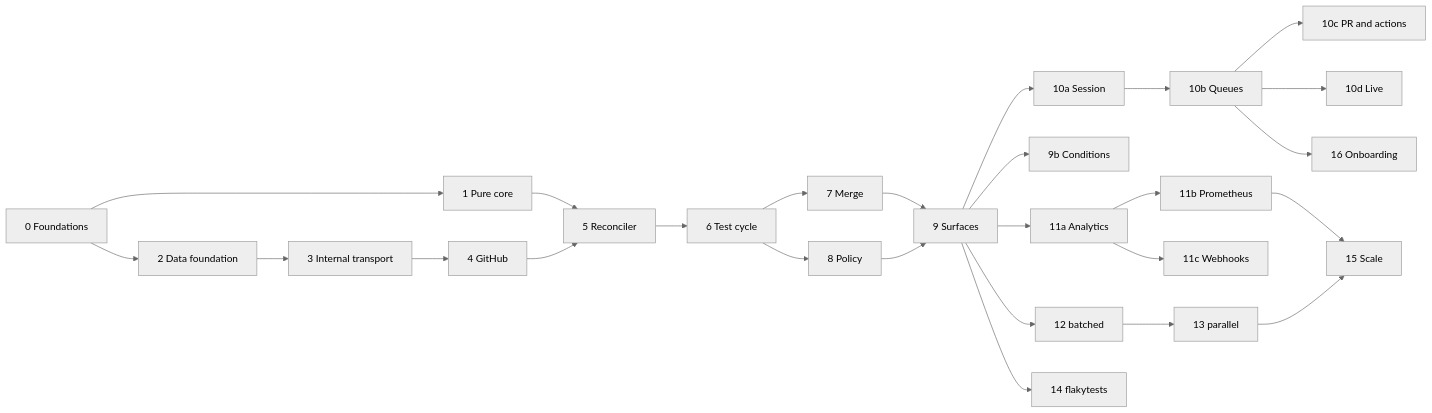
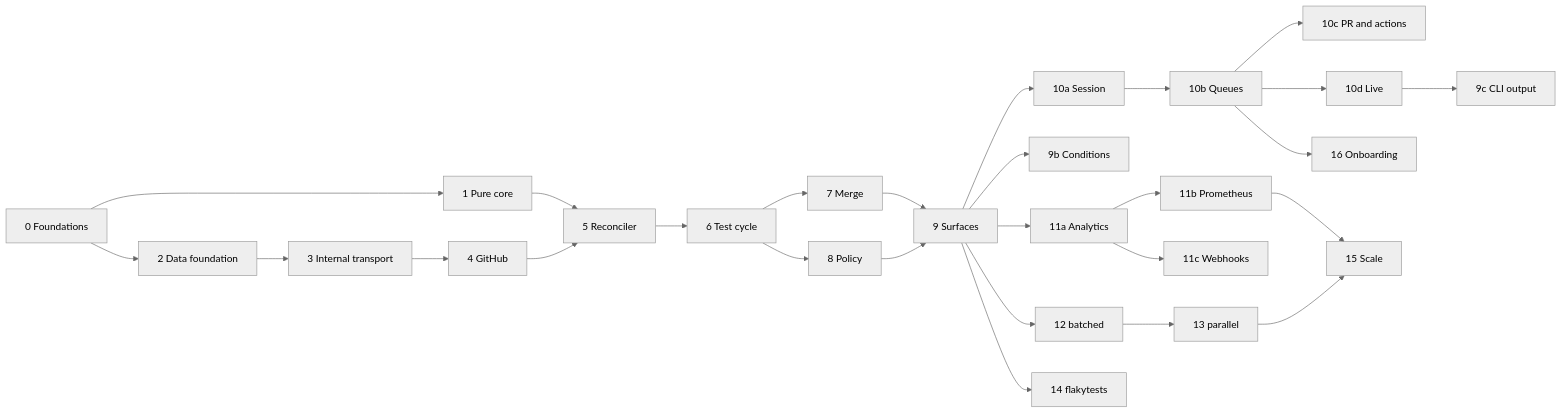
The diagram in specs/LOTS.md (getcihub/cihub), drawn with Mermaid (neutral theme) before and after one commit. The commit also changed other lines of this file and 9 other files, not shown here.

````diff
--- a/specs/LOTS.md
+++ b/specs/LOTS.md
@@ -59,28 +60,29 @@
 ```mermaid
 flowchart LR
   L0[0 Foundations] --> L1[1 Pure core]
   L0 --> L2[2 Data foundation]
   L2 --> L3[3 Internal transport]
   L3 --> L4[4 GitHub]
   L1 --> L5[5 Reconciler]
   L4 --> L5
   L5 --> L6[6 Test cycle]
   L6 --> L7[7 Merge]
   L6 --> L8[8 Policy]
   L7 --> L9[9 Surfaces]
   L8 --> L9
   L9 --> L10a[10a Session]
   L10a --> L10b[10b Queues]
   L10b --> L10c[10c PR and actions]
   L10b --> L10d[10d Live]
   L9 --> L9b[9b Conditions]
+  L10d --> L9c[9c CLI output]
   L9 --> L11a[11a Analytics]
   L11a --> L11b[11b Prometheus]
   L11a --> L11c[11c Webhooks]
   L9 --> L12[12 batched]
   L9 --> L14[14 flakytests]
   L12 --> L13[13 parallel]
   L11b --> L15[15 Scale]
   L13 --> L15
   L10b --> L16[16 Onboarding]
 ```
````
